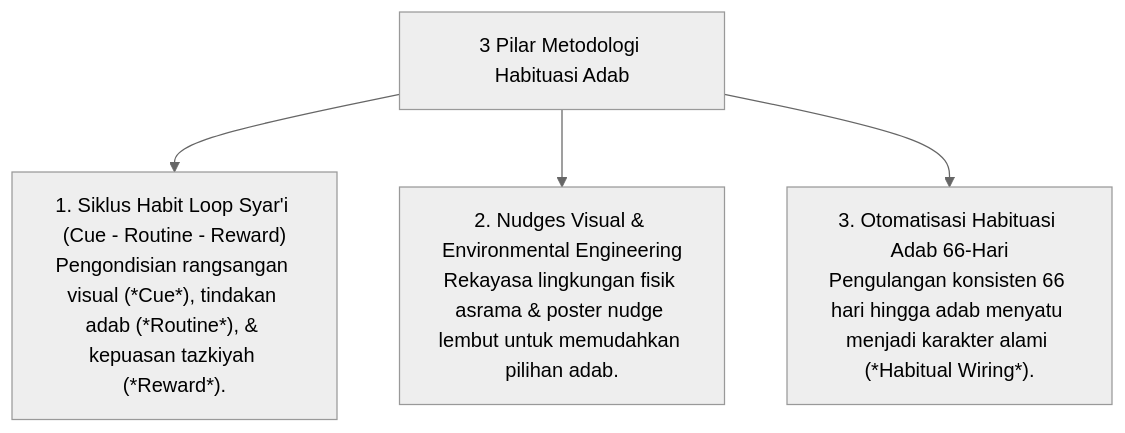
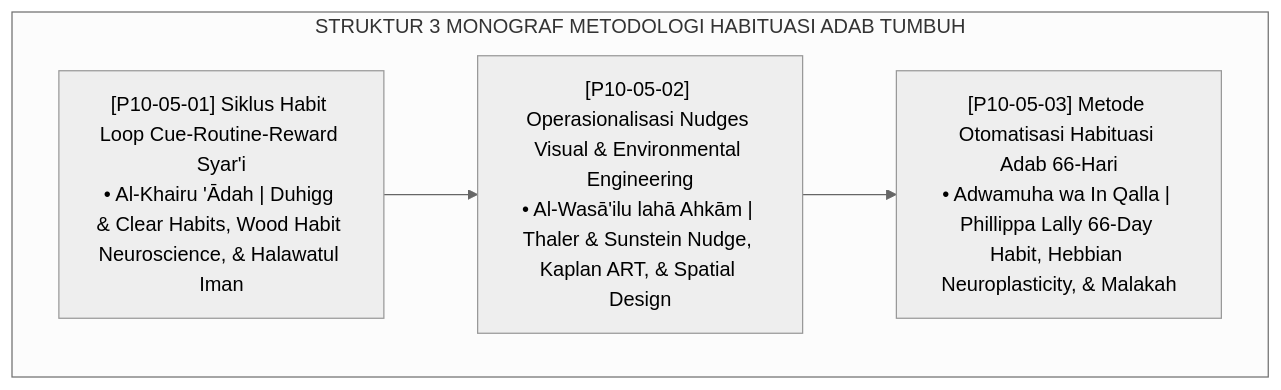
Before and after one commit to wandiapriliyandi/tumbuh: the diagram in 10 Methods/05 Habit Formation/P10-05-Metodologi-Habituasi-Adab.md, drawn with Mermaid (neutral theme). The commit also changed other lines of this file and 3 other files, not shown here.

Commit message:
docs(10-methods): complete all 4 research monographs for 05 Habit Formation

````diff
--- a/10 Methods/05 Habit Formation/P10-05-Metodologi-Habituasi-Adab.md
+++ b/10 Methods/05 Habit Formation/P10-05-Metodologi-Habituasi-Adab.md
@@ -14,7 +21,9 @@
 ```mermaid
-graph TD
-    HabitMap["3 Pilar Metodologi Habituasi Adab"]
-    HabitMap --> HabitLoopCore["1. Siklus Habit Loop Syar'i (Cue - Routine - Reward)<br/>Pengondisian rangsangan visual (*Cue*), tindakan adab (*Routine*), & kepuasan tazkiyah (*Reward*)."]
-    HabitMap --> NudgesCore["2. Nudges Visual & Environmental Engineering<br/>Rekayasa lingkungan fisik asrama & poster nudge lembut untuk memudahkan pilihan adab."]
-    HabitMap --> Automation66Days["3. Otomatisasi Habituasi Adab 66-Hari<br/>Pengulangan konsisten 66 hari hingga adab menyatu menjadi karakter alami (*Habitual Wiring*)."]
+flowchart TD
+    subgraph HabitMethodsFramework["STRUKTUR 3 MONOGRAF METODOLOGI HABITUASI ADAB TUMBUH"]
+        M01["[P10-05-01] Siklus Habit Loop Cue-Routine-Reward Syar'i<br/>• Al-Khairu 'Ādah | Duhigg & Clear Habits, Wood Habit Neuroscience, & Halawatul Iman"]
+        M02["[P10-05-02] Operasionalisasi Nudges Visual & Environmental Engineering<br/>• Al-Wasā'ilu lahā Ahkām | Thaler & Sunstein Nudge, Kaplan ART, & Spatial Design"]
+        M03["[P10-05-03] Metode Otomatisasi Habituasi Adab 66-Hari<br/>• Adwamuha wa In Qalla | Phillippa Lally 66-Day Habit, Hebbian Neuroplasticity, & Malakah"]
+        M01 --> M02 --> M03
+    end
 ```
````
